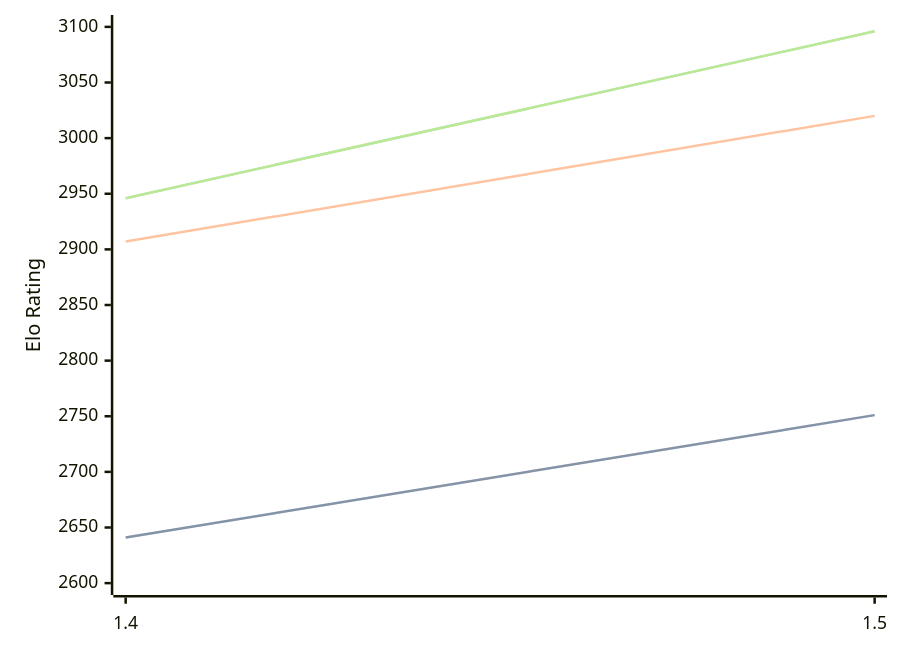
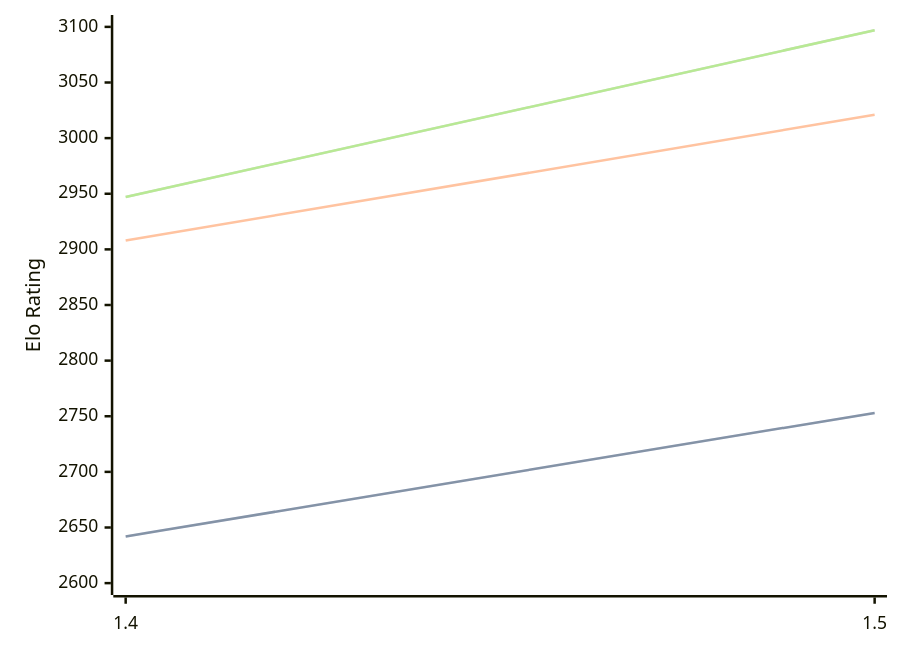
Before and after one commit to computer-chess-index/cci: the first of 3 diagrams in engines/Yakka.md, drawn with Mermaid. The commit also changed other lines of this file, not shown here.

Commit message:
Update CCI Ratings (ELO VLTC) - 2026-06-30

````diff
--- a/engines/Yakka.md
+++ b/engines/Yakka.md
@@ -36,11 +36,11 @@
 ```mermaid
 %%{init: {"theme":"base","themeVariables":{"seriesColors:['#a3a3a3','#222221','#faa371']}}}%%
 xychart-beta
   x-axis ["1.4", "1.5"]
   y-axis "Elo Rating" 2600 --> 3100
-  line "STC (8.0+0.08s)" [2641, 2751]
-  line "STC (8.0+0.08s)" [2641, 2751]
-  line "LTC (60.0+0.60s)" [2907, 3020]
-  line "VLTC (2m24s+1.12s)" [2946, 3096]
-  line "VLTC (2m24s+1.12s)" [2946, 3096]
+  line "STC (8.0+0.08s)" [2642, 2753]
+  line "STC (8.0+0.08s)" [2642, 2753]
+  line "LTC (60.0+0.60s)" [2908, 3021]
+  line "VLTC (2m24s+1.12s)" [2947, 3097]
+  line "VLTC (2m24s+1.12s)" [2947, 3097]
 ```
````
